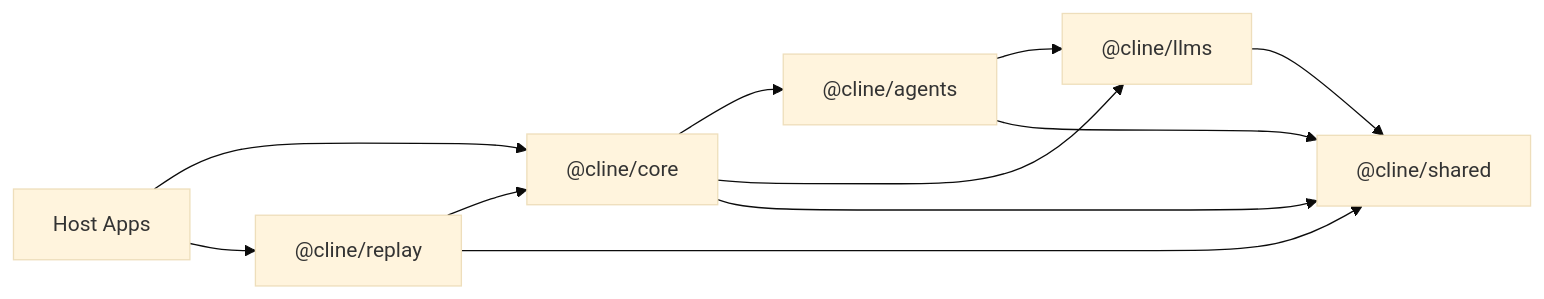
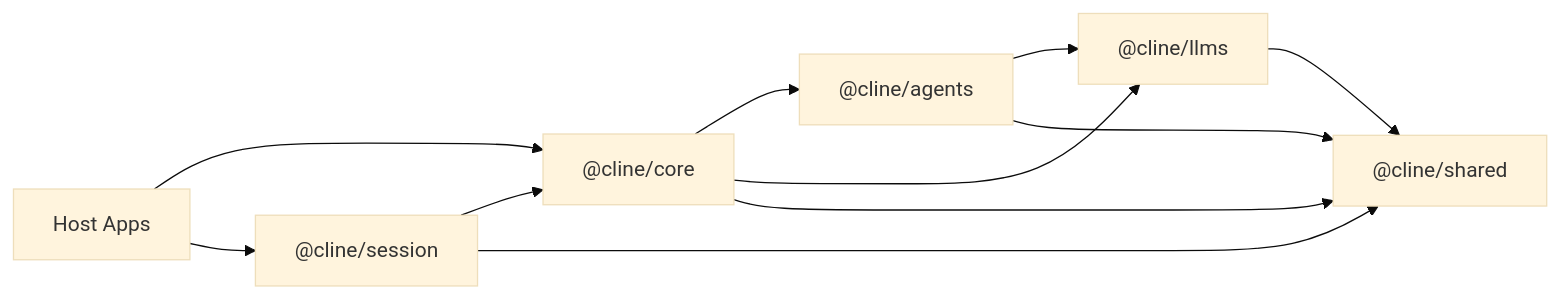
One commit to cline/cline changed the diagram in sdk/ARCHITECTURE.md. Above: the diagram before and after it, drawn with Mermaid (base theme). The commit also changed other lines of this file and 51 other files, not shown here.

First line of the commit message:
Rename @cline/replay to @cline/session

````diff
--- a/sdk/ARCHITECTURE.md
+++ b/sdk/ARCHITECTURE.md
@@ -26,20 +26,20 @@
 ```mermaid
 flowchart LR
   shared["@cline/shared"]
   llms["@cline/llms"]
   agents["@cline/agents"]
   core["@cline/core"]
-  replay["@cline/replay"]
+  session["@cline/session"]
   apps["Host Apps"]
 
   llms --> shared
   agents --> llms
   agents --> shared
   core --> agents
   core --> llms
   core --> shared
-  replay --> core
-  replay --> shared
+  session --> core
+  session --> shared
   apps --> core
-  apps --> replay
+  apps --> session
 ```
````
